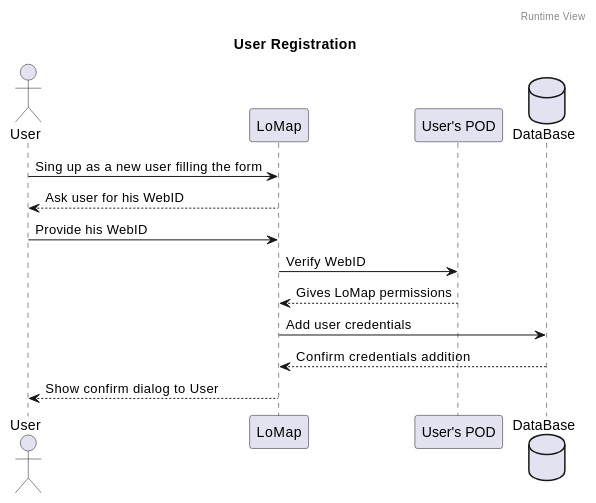
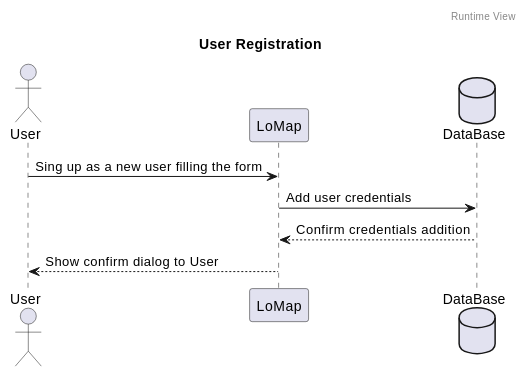
The first of 8 diagrams in docs/06_runtime_view.adoc (Arquisoft/lomap_es2c), drawn with PlantUML before and after one commit. The commit also changed other lines of this file, not shown here.

```diff
--- a/docs/06_runtime_view.adoc
+++ b/docs/06_runtime_view.adoc
@@ -37,19 +37,14 @@
 [plantuml,"Register sequence diagram",png]
 ----
 header Runtime View
 title User Registration
 Actor User
 Participant LoMap
-Participant POD as "User's POD"
 Database DataBase as "DataBase" 
 
 User -> LoMap: Sing up as a new user filling the form
-User <-- LoMap: Ask user for his WebID
-User -> LoMap: Provide his WebID
-LoMap -> POD: Verify WebID
-LoMap <-- POD: Gives LoMap permissions
 
 LoMap -> DataBase: Add user credentials
 LoMap <-- DataBase: Confirm credentials addition
 User <-- LoMap: Show confirm dialog to User
 ----
```
